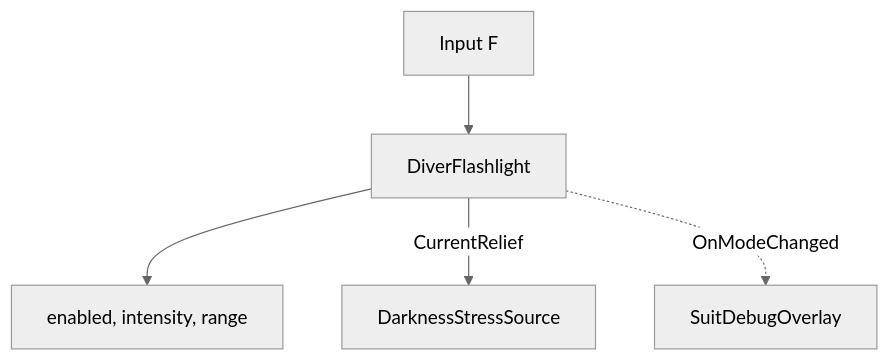
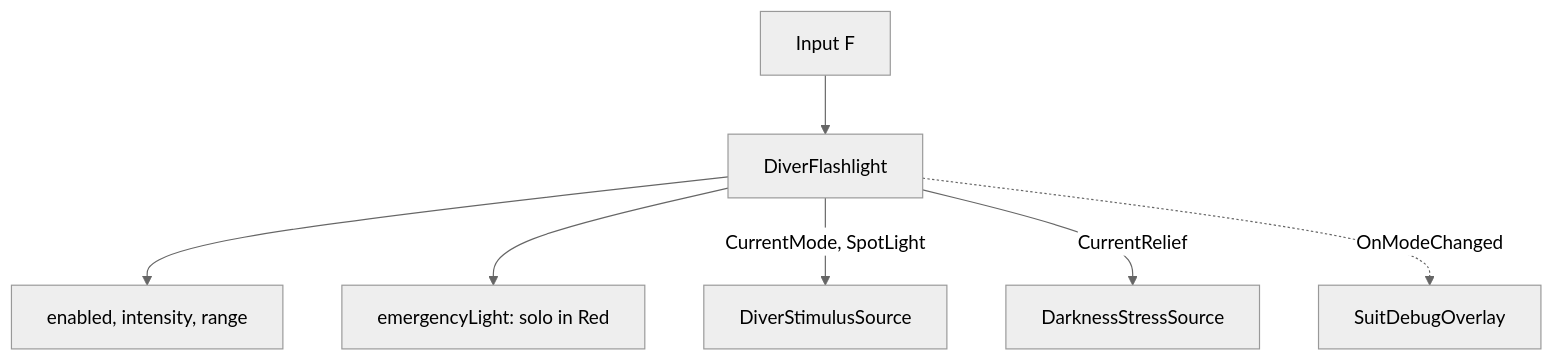
Before and after one commit to Fr3nezy/Project_Deep: the diagram in documentation/Flashlight.md, drawn with Mermaid (neutral theme). The commit also changed other lines of this file and 17 other files, not shown here.

First line of the commit message:
Let creatures perceive the diver's light, noise and sea pen trail

````diff
--- a/documentation/Flashlight.md
+++ b/documentation/Flashlight.md
@@ -20,7 +22,9 @@
 ```mermaid
 flowchart TD
     Input[Input F] --> Flashlight[DiverFlashlight]
     Flashlight --> Light[enabled, intensity, range]
+    Flashlight --> Emergency[emergencyLight: solo in Red]
+    Flashlight -->|CurrentMode, SpotLight| Stimuli[DiverStimulusSource]
     Flashlight -->|CurrentRelief| Darkness[DarknessStressSource]
     Flashlight -.->|OnModeChanged| Overlay[SuitDebugOverlay]
 ```
````
